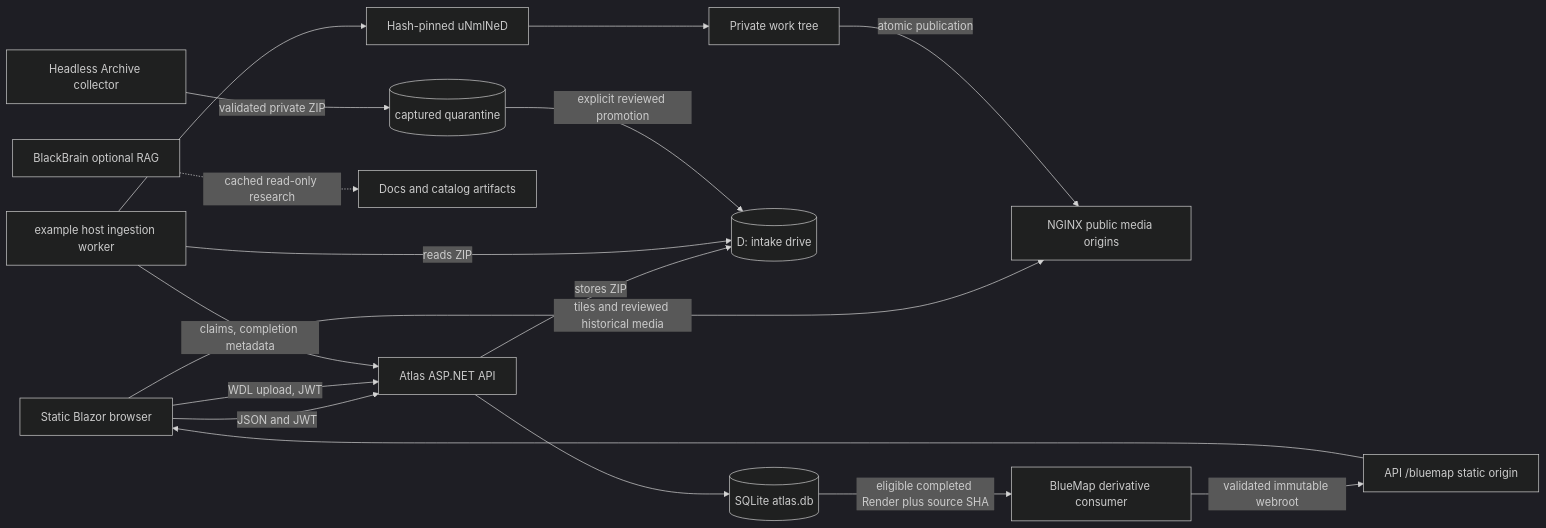
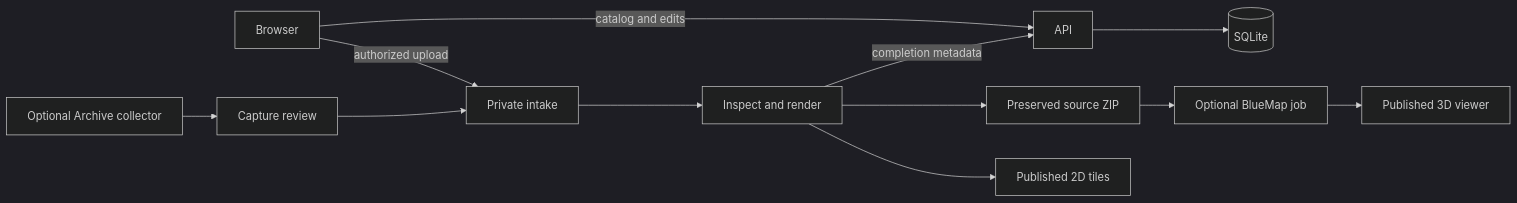
The diagram in examples/atlas-stack/docs/reference/SYSTEM_OVERVIEW.md (bobymicjohn/2b2tAtlas-Public-API), drawn with Mermaid (dark theme) before and after one commit. The commit also changed other lines of this file and 214 other files, not shown here.

Commit message:
Make public Atlas code and guides easier to follow

````diff
--- a/examples/atlas-stack/docs/reference/SYSTEM_OVERVIEW.md
+++ b/examples/atlas-stack/docs/reference/SYSTEM_OVERVIEW.md
@@ -35,19 +28,14 @@
 ```mermaid
 flowchart LR
-    Browser[Static Blazor browser] -->|JSON and JWT| API[Atlas ASP.NET API]
-    API --> DB[(SQLite atlas.db)]
-    Browser -->|tiles and reviewed historical media| TileOrigin[NGINX public media origins]
-    Browser -->|WDL upload, JWT| API
-    API -->|stores ZIP| Intake[(D: intake drive)]
-    Worker[example host ingestion worker] -->|claims, completion metadata| API
-    Worker -->|reads ZIP| Intake
-    Worker --> Renderer[Hash-pinned uNmINeD]
-    Renderer --> Work[Private work tree]
-    Work -->|atomic publication| TileOrigin
-    DB -->|eligible completed Render plus source SHA| BlueMap[BlueMap derivative consumer]
-    BlueMap -->|validated immutable webroot| BlueMapOrigin[API /bluemap static origin]
-    BlueMapOrigin --> Browser
-    BlackBrain[BlackBrain optional RAG] -.->|cached read-only research| Artifacts[Docs and catalog artifacts]
-    Archive[Headless Archive collector] -->|validated private ZIP| Quarantine[(captured quarantine)]
-    Quarantine -->|explicit reviewed promotion| Intake
+    Browser -->|catalog and edits| API
+    API --> SQLite[(SQLite)]
+    Browser -->|authorized upload| Intake[Private intake]
+    Collector[Optional Archive collector] --> Review[Capture review]
+    Review --> Intake
+    Intake --> Worker[Inspect and render]
+    Worker --> Archive[Preserved source ZIP]
+    Worker --> Tiles[Published 2D tiles]
+    Worker -->|completion metadata| API
+    Archive --> BlueMap[Optional BlueMap job]
+    BlueMap --> Viewer[Published 3D viewer]
 ```
````
